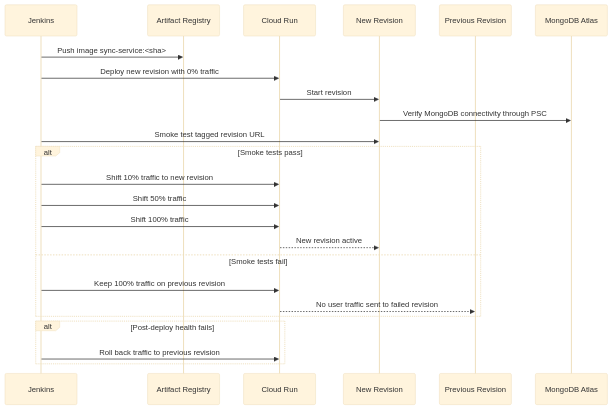
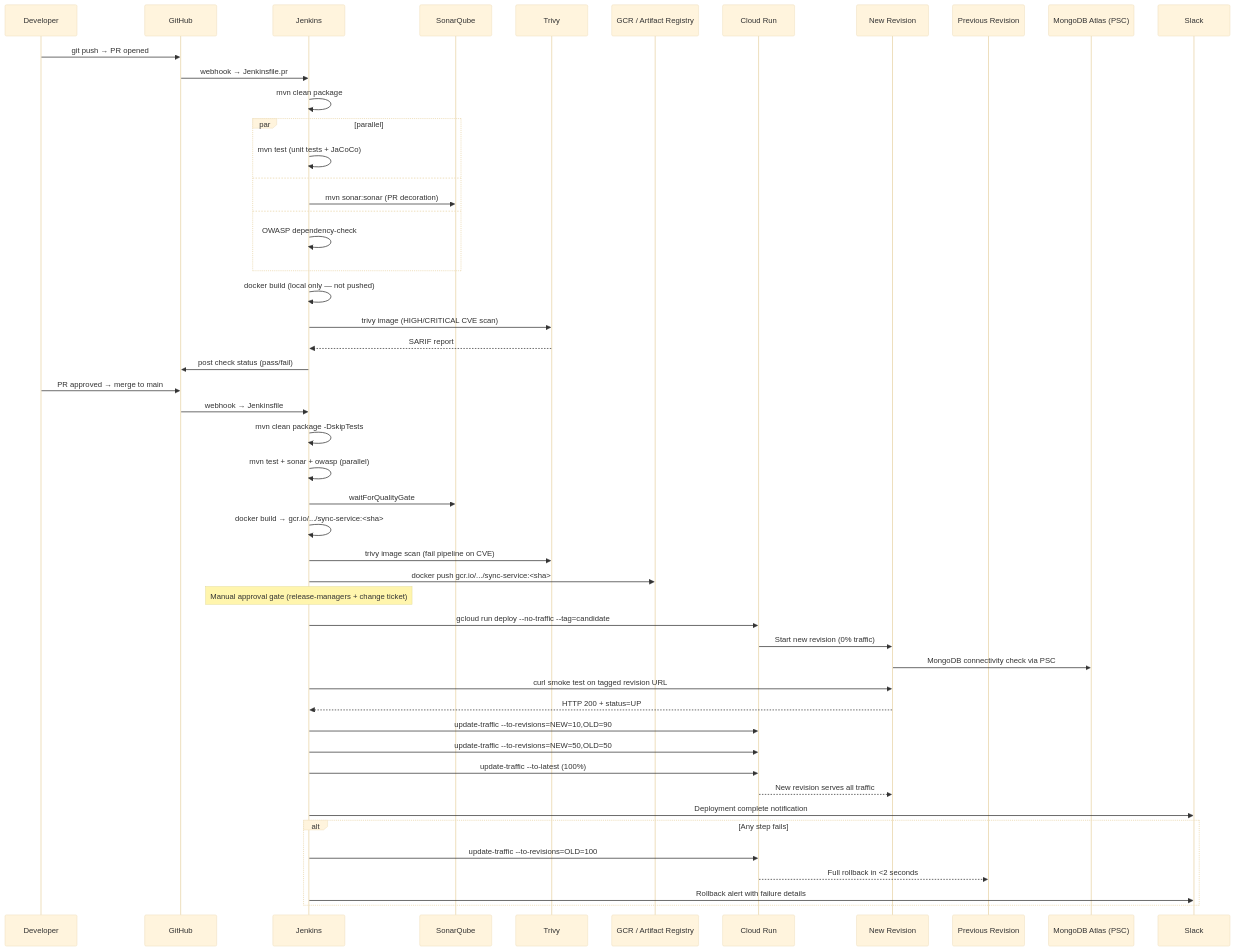
The second of 3 diagrams in part2-infrastructure-cloud-run/architecture/diagram.md (sghosal-devops/cloudeagle-assignment), drawn with Mermaid (base theme) before and after one commit. The commit also changed other lines of this file and 2 other files, not shown here.

Commit message:
Strengthen assignment: README pipeline overview, Part 2 Jenkins→Cloud Run deployment, networking detail, IaC snippet, full CI/CD sequence diagram

````diff
--- a/part2-infrastructure-cloud-run/architecture/diagram.md
+++ b/part2-infrastructure-cloud-run/architecture/diagram.md
@@ -79,29 +79,58 @@
 ```mermaid
 sequenceDiagram
+    participant Dev as Developer
+    participant GH as GitHub
     participant Jenkins
-    participant AR as Artifact Registry
+    participant SQ as SonarQube
+    participant Trivy
+    participant AR as GCR / Artifact Registry
     participant CR as Cloud Run
     participant NewRev as New Revision
     participant OldRev as Previous Revision
-    participant Atlas as MongoDB Atlas
+    participant Atlas as MongoDB Atlas (PSC)
+    participant Slack
 
-    Jenkins->>AR: Push image sync-service:<sha>
-    Jenkins->>CR: Deploy new revision with 0% traffic
-    CR->>NewRev: Start revision
-    NewRev->>Atlas: Verify MongoDB connectivity through PSC
-    Jenkins->>NewRev: Smoke test tagged revision URL
+    Dev->>GH: git push → PR opened
+    GH->>Jenkins: webhook → Jenkinsfile.pr
+    Jenkins->>Jenkins: mvn clean package
+    par parallel
+        Jenkins->>Jenkins: mvn test (unit tests + JaCoCo)
+    and
+        Jenkins->>SQ: mvn sonar:sonar (PR decoration)
+    and
+        Jenkins->>Jenkins: OWASP dependency-check
+    end
+    Jenkins->>Jenkins: docker build (local only — not pushed)
+    Jenkins->>Trivy: trivy image (HIGH/CRITICAL CVE scan)
+    Trivy-->>Jenkins: SARIF report
+    Jenkins->>GH: post check status (pass/fail)
 
-    alt Smoke tests pass
-        Jenkins->>CR: Shift 10% traffic to new revision
-        Jenkins->>CR: Shift 50% traffic
-        Jenkins->>CR: Shift 100% traffic
-        CR-->>NewRev: New revision active
-    else Smoke tests fail
-        Jenkins->>CR: Keep 100% traffic on previous revision
-        CR-->>OldRev: No user traffic sent to failed revision
-    end
+    Dev->>GH: PR approved → merge to main
+    GH->>Jenkins: webhook → Jenkinsfile
+    Jenkins->>Jenkins: mvn clean package -DskipTests
+    Jenkins->>Jenkins: mvn test + sonar + owasp (parallel)
+    Jenkins->>SQ: waitForQualityGate
+    Jenkins->>Jenkins: docker build → gcr.io/.../sync-service:<sha>
+    Jenkins->>Trivy: trivy image scan (fail pipeline on CVE)
+    Jenkins->>AR: docker push gcr.io/.../sync-service:<sha>
 
-    alt Post-deploy health fails
-        Jenkins->>CR: Roll back traffic to previous revision
+    Note over Jenkins: Manual approval gate (release-managers + change ticket)
+
+    Jenkins->>CR: gcloud run deploy --no-traffic --tag=candidate
+    CR->>NewRev: Start new revision (0% traffic)
+    NewRev->>Atlas: MongoDB connectivity check via PSC
+    Jenkins->>NewRev: curl smoke test on tagged revision URL
+    NewRev-->>Jenkins: HTTP 200 + status=UP
+
+    Jenkins->>CR: update-traffic --to-revisions=NEW=10,OLD=90
+    Jenkins->>CR: update-traffic --to-revisions=NEW=50,OLD=50
+    Jenkins->>CR: update-traffic --to-latest (100%)
+    CR-->>NewRev: New revision serves all traffic
+    Jenkins->>Slack: Deployment complete notification
+
+    alt Any step fails
+        Jenkins->>CR: update-traffic --to-revisions=OLD=100
+        CR-->>OldRev: Full rollback in <2 seconds
+        Jenkins->>Slack: Rollback alert with failure details
     end
 ```
````
